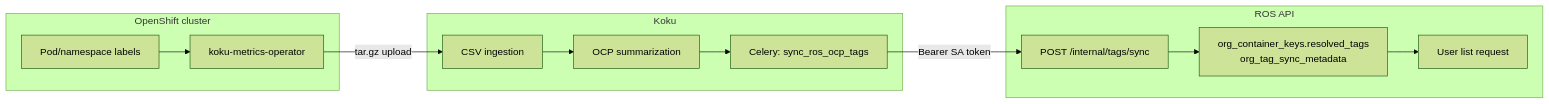
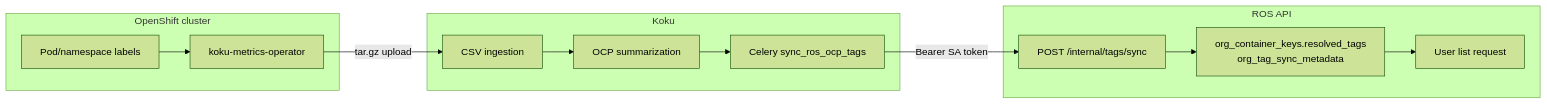
Before and after one commit to pgarciaq/ros-ocp-backend: the second of 2 diagrams in docs/features/tag-filtering.md, drawn with Mermaid (forest theme). The commit also changed other lines of this file and 1 other file, not shown here.

Commit message:
Fix Mermaid v11 syntax in tag-filtering docs
Quote node labels containing brackets, ampersands, and colons so MkDocs
Mermaid 11.15.0 can render the deployment-mode and architecture diagrams.

````diff
--- a/docs/features/tag-filtering.md
+++ b/docs/features/tag-filtering.md
@@ -111,22 +111,23 @@
 ```mermaid
 flowchart LR
     subgraph cluster["OpenShift cluster"]
         OP[Pod/namespace labels]
         MO[koku-metrics-operator]
         OP --> MO
     end
     subgraph koku["Koku"]
         ING[CSV ingestion]
         SUM[OCP summarization]
-        CEL["Celery: sync_ros_ocp_tags"]
+        CEL["Celery sync_ros_ocp_tags"]
         ING --> SUM --> CEL
     end
     subgraph ros["ROS API"]
         SYNC["POST /internal/tags/sync"]
         STORE["org_container_keys.resolved_tags<br/>org_tag_sync_metadata"]
         LIST[User list request]
-        CEL -->|Bearer SA token| SYNC --> STORE
+        CEL -->|"Bearer SA token"| SYNC
+        SYNC --> STORE
         STORE --> LIST
     end
     MO -->|tar.gz upload| ING
 ```
````
